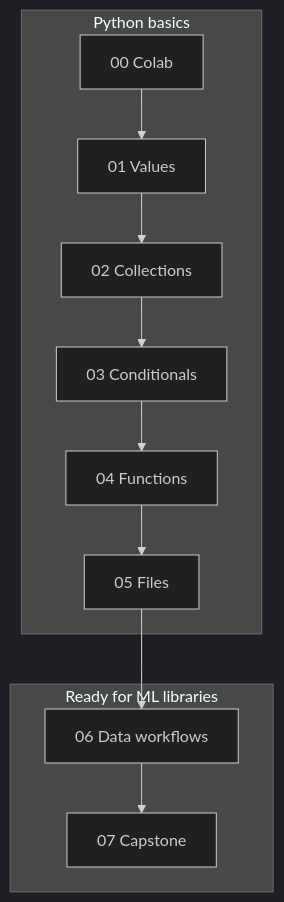
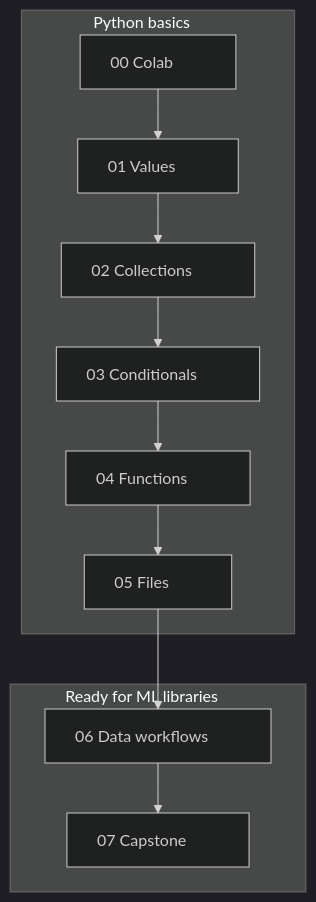
One commit to ialimustufa/python-crash-course changed the second of 6 diagrams in README.md. Above: the diagram before and after it, drawn with Mermaid (dark theme). The commit also changed other lines of this file and 10 other files, not shown here.

Commit message:
Stop Mermaid node labels from clipping the last character.

````diff
--- a/README.md
+++ b/README.md
@@ -51,16 +51,16 @@
 ```mermaid
 flowchart TB
-  subgraph pythonBasics [Python basics]
-    n00[00 Colab]
-    n01[01 Values]
-    n02[02 Collections]
-    n03[03 Conditionals]
-    n04[04 Functions]
-    n05[05 Files]
+  subgraph pythonBasics ["Python basics&nbsp;&nbsp;&nbsp;&nbsp;&nbsp;&nbsp;&nbsp;&nbsp;"]
+    n00["00 Colab&nbsp;&nbsp;&nbsp;&nbsp;&nbsp;&nbsp;&nbsp;&nbsp;"]
+    n01["01 Values&nbsp;&nbsp;&nbsp;&nbsp;&nbsp;&nbsp;&nbsp;&nbsp;"]
+    n02["02 Collections&nbsp;&nbsp;&nbsp;&nbsp;&nbsp;&nbsp;&nbsp;&nbsp;"]
+    n03["03 Conditionals&nbsp;&nbsp;&nbsp;&nbsp;&nbsp;&nbsp;&nbsp;&nbsp;"]
+    n04["04 Functions&nbsp;&nbsp;&nbsp;&nbsp;&nbsp;&nbsp;&nbsp;&nbsp;"]
+    n05["05 Files&nbsp;&nbsp;&nbsp;&nbsp;&nbsp;&nbsp;&nbsp;&nbsp;"]
   end
-  subgraph mlReady [Ready for ML libraries]
-    n06[06 Data workflows]
-    n07[07 Capstone]
+  subgraph mlReady ["Ready for ML libraries&nbsp;&nbsp;&nbsp;&nbsp;&nbsp;&nbsp;&nbsp;&nbsp;"]
+    n06["06 Data workflows&nbsp;&nbsp;&nbsp;&nbsp;&nbsp;&nbsp;&nbsp;&nbsp;"]
+    n07["07 Capstone&nbsp;&nbsp;&nbsp;&nbsp;&nbsp;&nbsp;&nbsp;&nbsp;"]
   end
   n00 --> n01 --> n02 --> n03 --> n04 --> n05 --> n06 --> n07
 ```
````
